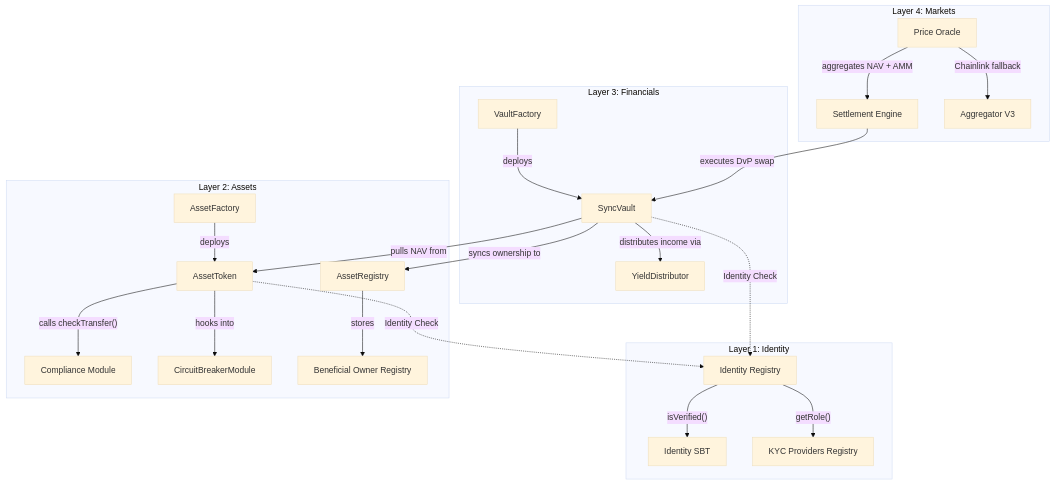
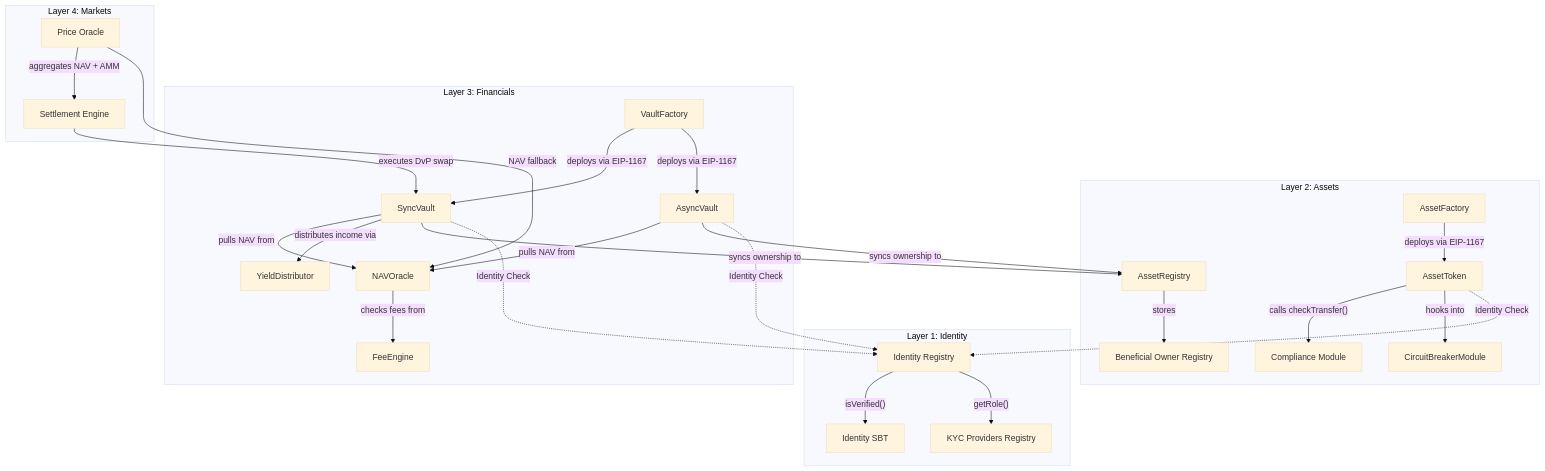
The diagram in CRATS_Protocol_Specification.md (Fathimaath/CRATS-Protocol), drawn with Mermaid (base theme) before and after one commit. The commit also changed other lines of this file and 37 other files, not shown here.

````diff
--- a/CRATS_Protocol_Specification.md
+++ b/CRATS_Protocol_Specification.md
@@ -59,30 +68,35 @@
 ```mermaid
 graph TD
     subgraph "Layer 1: Identity"
         IR[Identity Registry] -->|"isVerified()"| SBT[Identity SBT]
         IR -->|"getRole()"| KR[KYC Providers Registry]
     end
 
     subgraph "Layer 2: Assets"
-        AF[AssetFactory] -->|"deploys"| AT[AssetToken]
+        AF[AssetFactory] -->|"deploys via EIP-1167"| AT[AssetToken]
         AT -->|"calls checkTransfer()"| CM[Compliance Module]
         AT -->|"hooks into"| CB[CircuitBreakerModule]
         AR[AssetRegistry] -->|"stores"| BOR[Beneficial Owner Registry]
     end
 
     subgraph "Layer 3: Financials"
-        VF[VaultFactory] -->|"deploys"| SV[SyncVault]
-        SV -->|"pulls NAV from"| AT
+        VF[VaultFactory] -->|"deploys via EIP-1167"| SV[SyncVault]
+        VF -->|"deploys via EIP-1167"| AV[AsyncVault]
+        SV -->|"pulls NAV from"| NO[NAVOracle]
+        AV -->|"pulls NAV from"| NO
+        NO -->|"checks fees from"| FE[FeeEngine]
         SV -->|"distributes income via"| YD[YieldDistributor]
         SV -->|"syncs ownership to"| AR
+        AV -->|"syncs ownership to"| AR
     end
 
     subgraph "Layer 4: Markets"
         SE[Settlement Engine] -->|"executes DvP swap"| SV
         PO[Price Oracle] -->|"aggregates NAV + AMM"| SE
-        PO -->|"Chainlink fallback"| CL[Aggregator V3]
+        PO -->|"NAV fallback"| NO
     end
 
     SV -.->|Identity Check| IR
+    AV -.->|Identity Check| IR
     AT -.->|Identity Check| IR
 ```
````
